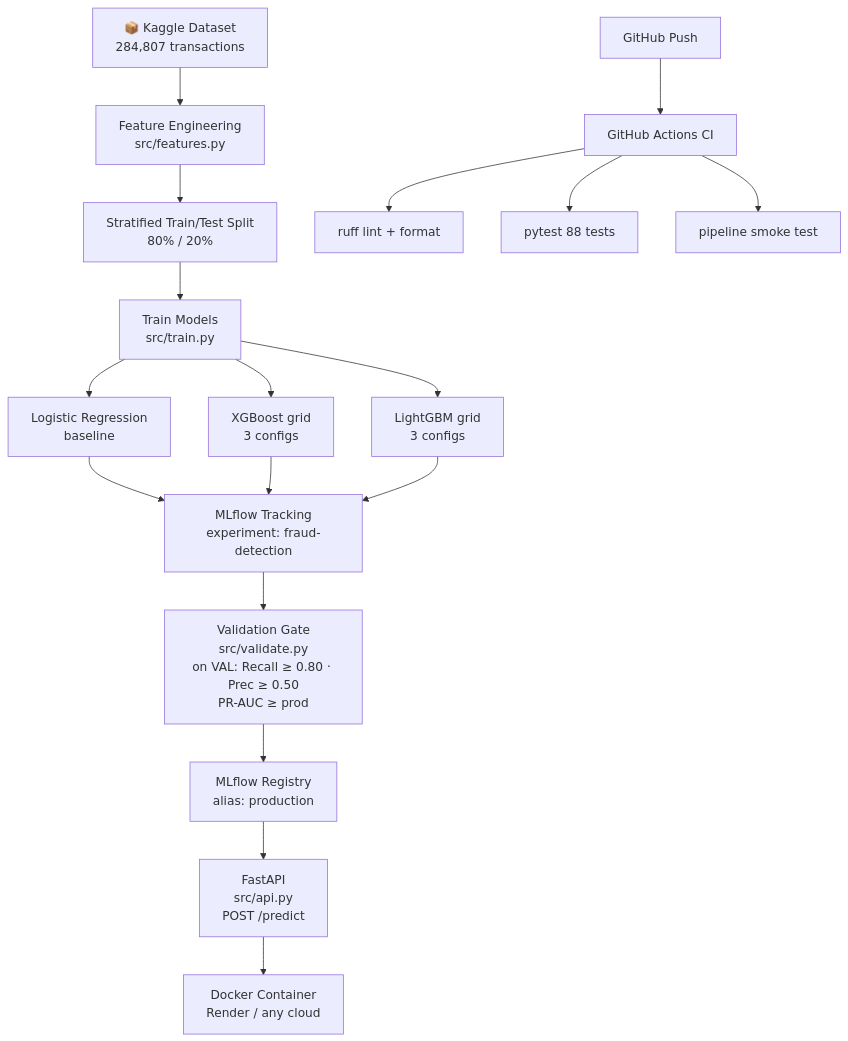
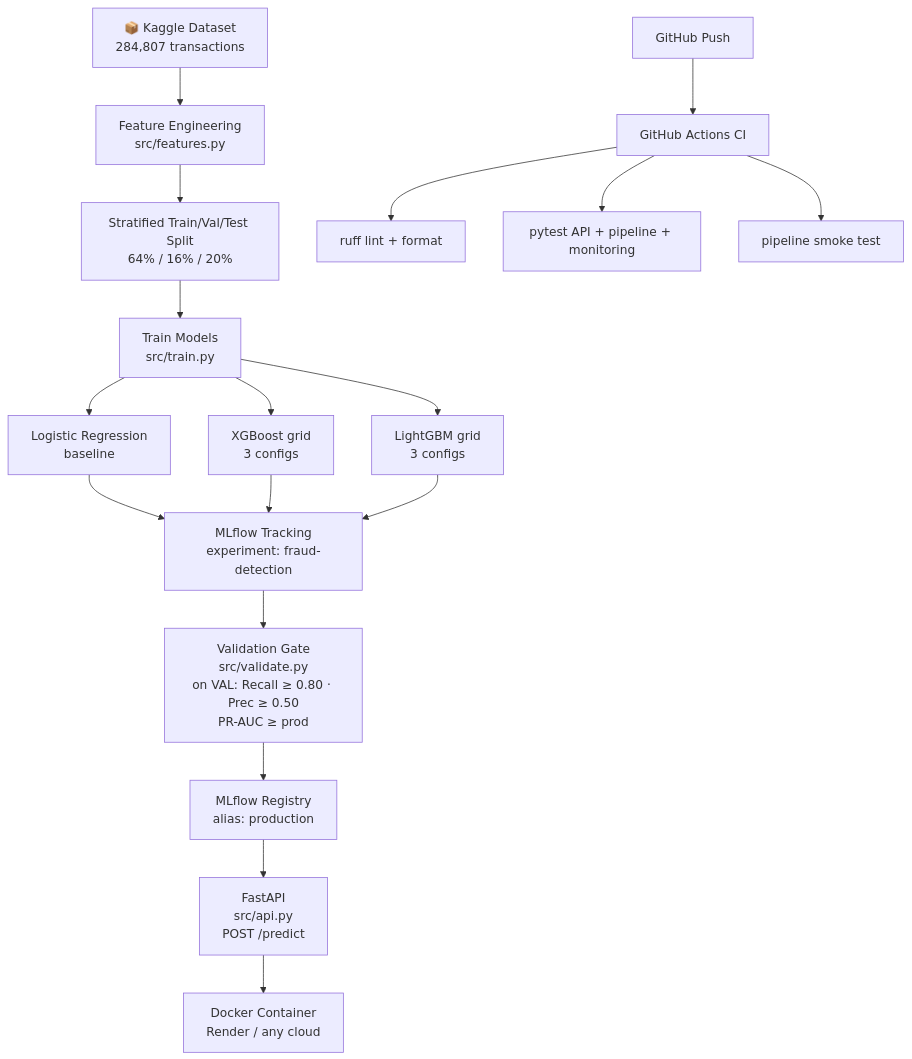
Before and after one commit to anhquan1111/mlops-fraud-detection: the diagram in README.md, drawn with Mermaid. The commit also changed other lines of this file and 58 other files, not shown here.

````diff
--- a/README.md
+++ b/README.md
@@ -67,22 +74,22 @@
 ```mermaid
 flowchart TD
     A[📦 Kaggle Dataset\n284,807 transactions] --> B[Feature Engineering\nsrc/features.py]
-    B --> C[Stratified Train/Test Split\n80% / 20%]
+    B --> C[Stratified Train/Val/Test Split\n64% / 16% / 20%]
     C --> D[Train Models\nsrc/train.py]
 
     D --> D1[Logistic Regression\nbaseline]
     D --> D2[XGBoost grid\n3 configs]
     D --> D3[LightGBM grid\n3 configs]
 
     D1 & D2 & D3 --> E[MLflow Tracking\nexperiment: fraud-detection]
     E --> F[Validation Gate\nsrc/validate.py\non VAL: Recall ≥ 0.80 · Prec ≥ 0.50\nPR-AUC ≥ prod]
     F --> G[MLflow Registry\nalias: production]
 
     G --> H[FastAPI\nsrc/api.py\nPOST /predict]
     H --> I[Docker Container\nRender / any cloud]
 
     J[GitHub Push] --> K[GitHub Actions CI]
     K --> K1[ruff lint + format]
-    K --> K2[pytest 88 tests]
+    K --> K2[pytest API + pipeline + monitoring]
     K --> K3[pipeline smoke test]
 ```
````
